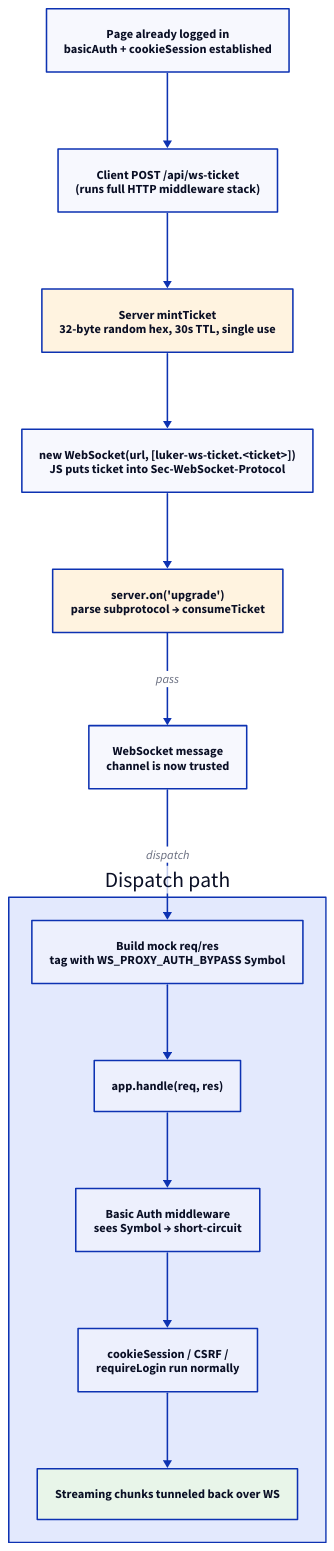
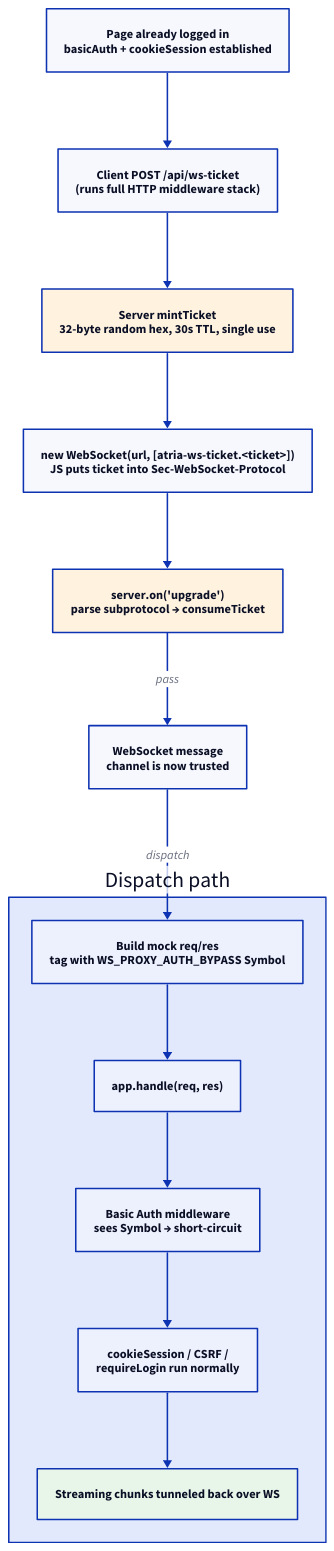
One commit to ZZZdragondYNGPHX/Atria changed the second of 2 diagrams in docs/improvements/ws-proxy.md. Above: the diagram before and after it, drawn with D2. The commit also changed other lines of this file and 1235 other files, not shown here.

````diff
--- a/docs/improvements/ws-proxy.md
+++ b/docs/improvements/ws-proxy.md
@@ -77,29 +77,29 @@
 ```d2
 direction: down
 
 LOGIN: "Page already logged in\nbasicAuth + cookieSession established"
 TICKET_REQ: "Client POST /api/ws-ticket\n(runs full HTTP middleware stack)"
 TICKET_RESP: "Server mintTicket\n32-byte random hex, 30s TTL, single use" {
   style.fill: "#fff3e0"
 }
-UP: "new WebSocket(url, [luker-ws-ticket.<ticket>])\nJS puts ticket into Sec-WebSocket-Protocol"
+UP: "new WebSocket(url, [atria-ws-ticket.<ticket>])\nJS puts ticket into Sec-WebSocket-Protocol"
 GATE: "server.on('upgrade')\nparse subprotocol → consumeTicket" {
   style.fill: "#fff3e0"
 }
 WS_MSG: "WebSocket message\nchannel is now trusted"
 
 DISPATCH: "Dispatch path" {
   GOOD_MOCK: "Build mock req/res\ntag with WS_PROXY_AUTH_BYPASS Symbol"
   GOOD_HANDLE: "app.handle(req, res)"
   GOOD_BASIC: "Basic Auth middleware\nsees Symbol → short-circuit"
   GOOD_REST: "cookieSession / CSRF /\nrequireLogin run normally"
   GOOD_RES: "Streaming chunks tunneled back over WS" {
     style.fill: "#e8f5e9"
   }
   GOOD_MOCK -> GOOD_HANDLE -> GOOD_BASIC -> GOOD_REST -> GOOD_RES
 }
 
 LOGIN -> TICKET_REQ -> TICKET_RESP -> UP -> GATE
 GATE -> WS_MSG: "pass"
 WS_MSG -> DISPATCH.GOOD_MOCK: "dispatch"
 ```
````
